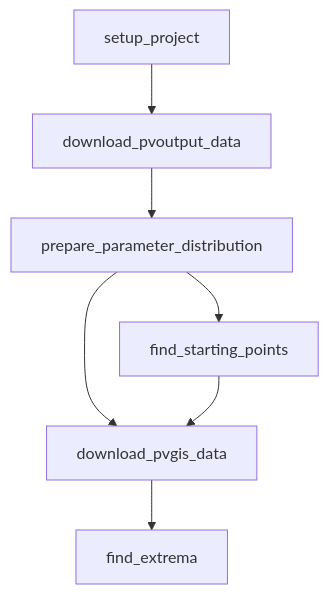
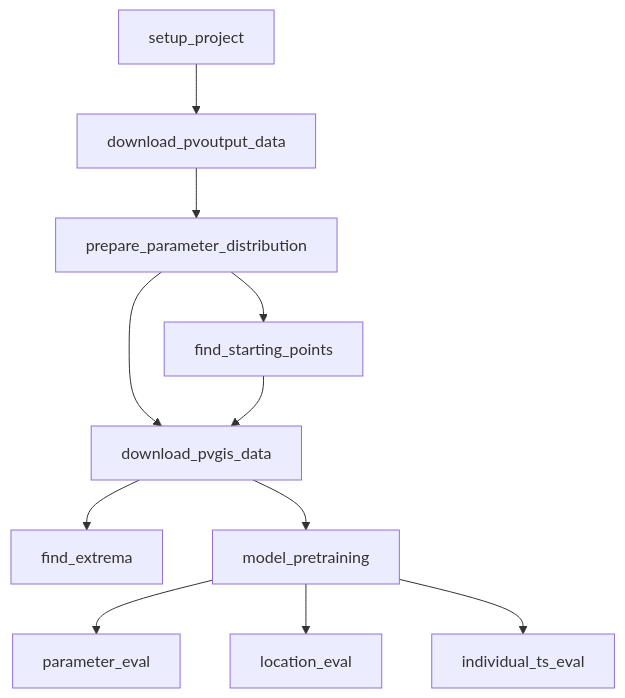
One commit to falknerdominik/paper_pv_surrogate_eurocast changed the diagram in docs/index.md. Above: the diagram before and after it, drawn with Mermaid.

Commit message:
Update graph for docs

````diff
--- a/docs/index.md
+++ b/docs/index.md
@@ -9,9 +9,14 @@
 ```mermaid
 graph TB;
 setup_project --> download_pvoutput_data
 download_pvoutput_data --> prepare_parameter_distribution
 prepare_parameter_distribution --> download_pvgis_data
 prepare_parameter_distribution --> find_starting_points
 find_starting_points --> download_pvgis_data
 download_pvgis_data --> find_extrema
+download_pvgis_data --> model_pretraining
+
+model_pretraining --> parameter_eval
+model_pretraining --> location_eval
+model_pretraining --> individual_ts_eval
 ```
````
